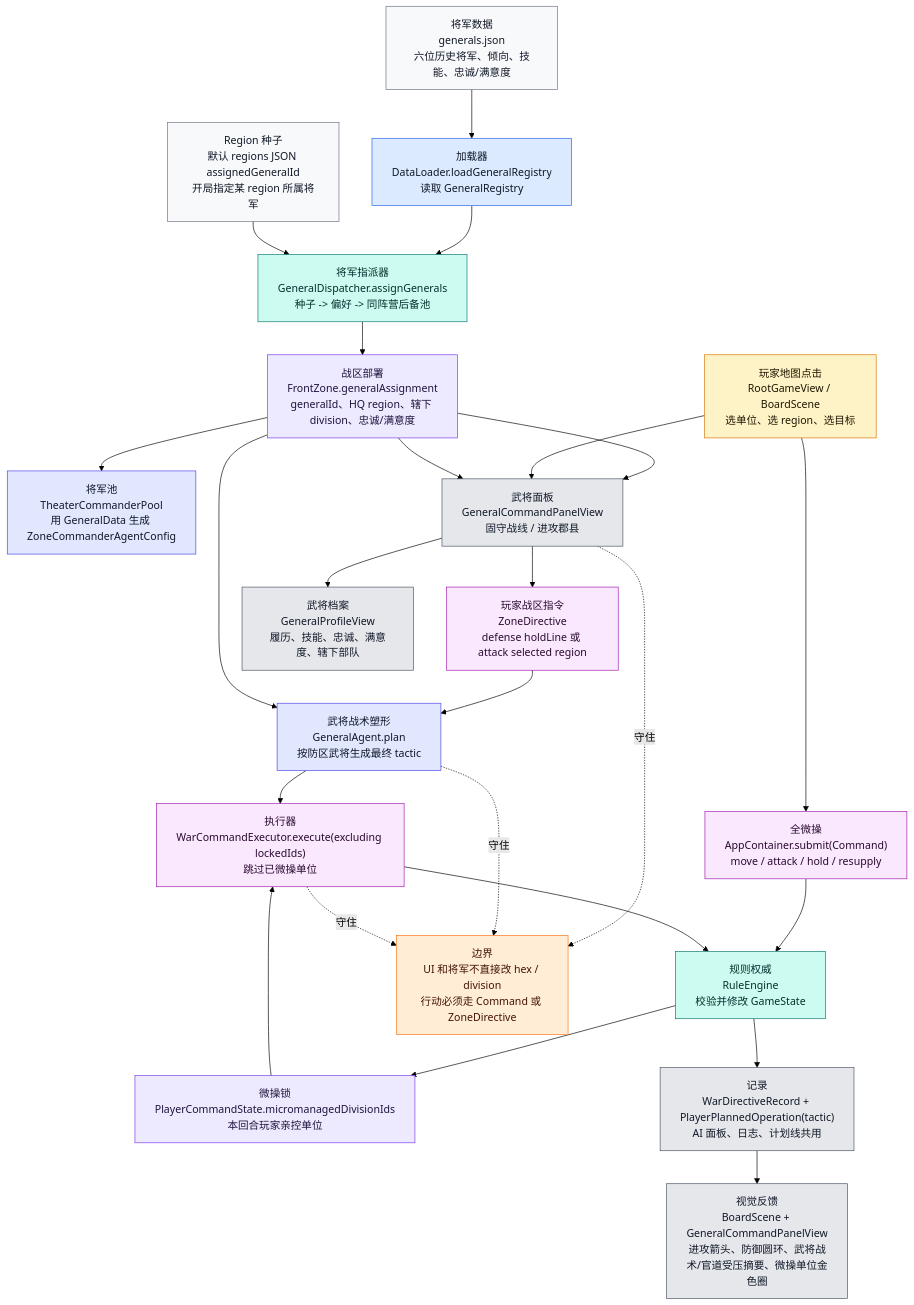
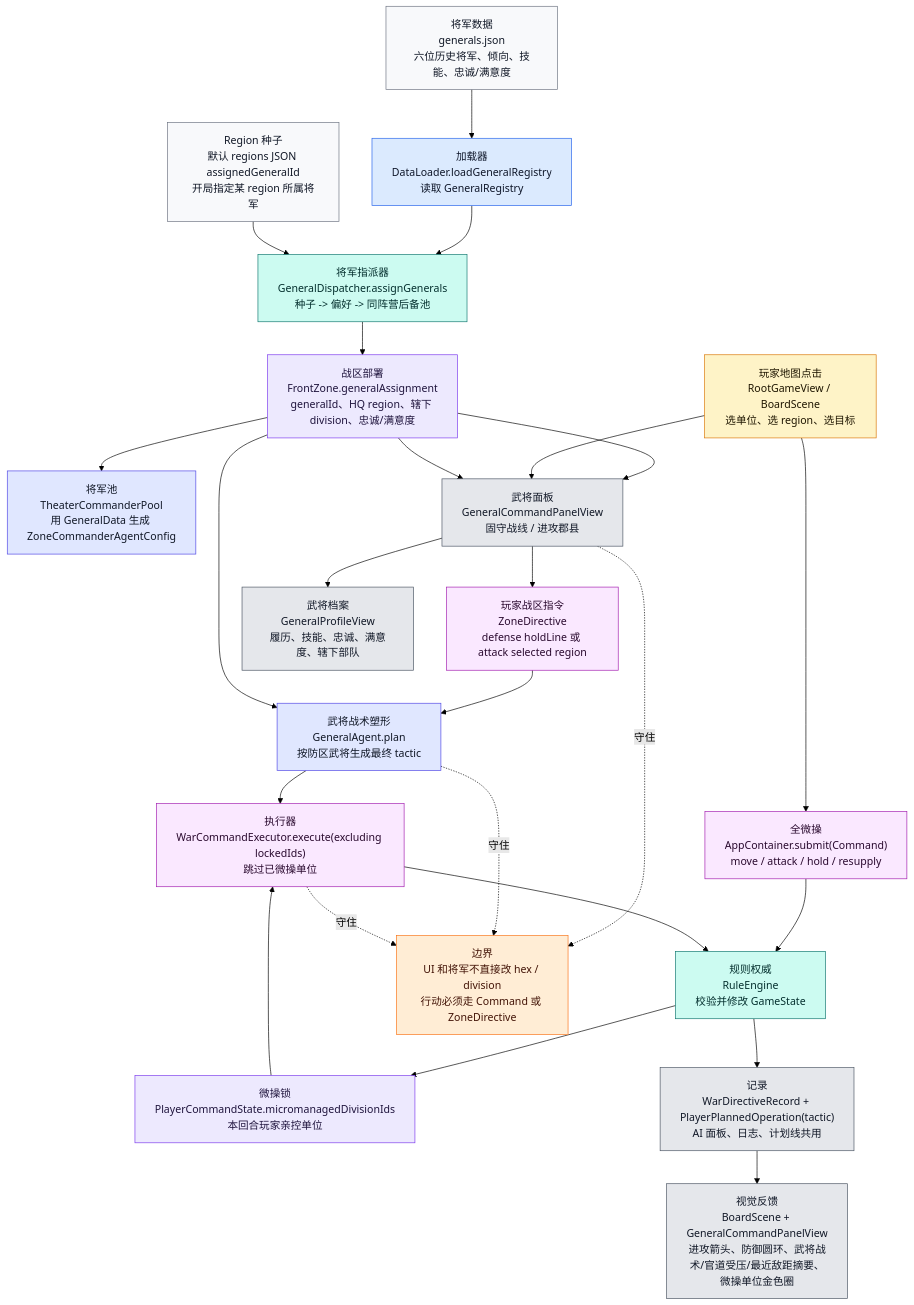
The eighth of 9 diagrams in md/flow/flowchart.md (Altman-sam114/121), drawn with Mermaid (forest theme) before and after one commit. The commit also changed other lines of this file and 7 other files, not shown here.

````diff
--- a/md/flow/flowchart.md
+++ b/md/flow/flowchart.md
@@ -508,45 +508,45 @@
 ```mermaid
 flowchart TD
     GJSON["将军数据<br/>generals.json<br/>六位历史将军、倾向、技能、忠诚/满意度"]:::data
     RJSON["Region 种子<br/>默认 regions JSON assignedGeneralId<br/>开局指定某 region 所属将军"]:::data
     DL["加载器<br/>DataLoader.loadGeneralRegistry<br/>读取 GeneralRegistry"]:::loader
     DISP["将军指派器<br/>GeneralDispatcher.assignGenerals<br/>种子 -> 偏好 -> 同阵营后备池"]:::rules
     FZ["战区部署<br/>FrontZone.generalAssignment<br/>generalId、HQ region、辖下 division、忠诚/满意度"]:::state
     POOL["将军池<br/>TheaterCommanderPool<br/>用 GeneralData 生成 ZoneCommanderAgentConfig"]:::ai
 
     TAP["玩家地图点击<br/>RootGameView / BoardScene<br/>选单位、选 region、选目标"]:::input
     MICRO["全微操<br/>AppContainer.submit(Command)<br/>move / attack / hold / resupply"]:::command
     LOCK["微操锁<br/>PlayerCommandState.micromanagedDivisionIds<br/>本回合玩家亲控单位"]:::state
     GENUI["武将面板<br/>GeneralCommandPanelView<br/>固守战线 / 进攻郡县"]:::ui
     ZD["玩家战区指令<br/>ZoneDirective<br/>defense holdLine 或 attack selected region"]:::command
     GENA["武将战术塑形<br/>GeneralAgent.plan<br/>按防区武将生成最终 tactic"]:::ai
     WCE["执行器<br/>WarCommandExecutor.execute(excluding lockedIds)<br/>跳过已微操单位"]:::command
     RE["规则权威<br/>RuleEngine<br/>校验并修改 GameState"]:::rules
     RECORD["记录<br/>WarDirectiveRecord + PlayerPlannedOperation(tactic)<br/>AI 面板、日志、计划线共用"]:::ui
-    BOARD["视觉反馈<br/>BoardScene + GeneralCommandPanelView<br/>进攻箭头、防御圆环、武将战术/官道受压摘要、微操单位金色圈"]:::ui
+    BOARD["视觉反馈<br/>BoardScene + GeneralCommandPanelView<br/>进攻箭头、防御圆环、武将战术/官道受压/最近敌距摘要、微操单位金色圈"]:::ui
     PROFILE["武将档案<br/>GeneralProfileView<br/>履历、技能、忠诚、满意度、辖下部队"]:::ui
 
     GJSON --> DL --> DISP
     RJSON --> DISP --> FZ --> POOL
     FZ --> GENUI --> PROFILE
     TAP --> MICRO --> RE --> LOCK
     LOCK --> WCE
     TAP --> GENUI --> ZD --> GENA --> WCE --> RE --> RECORD --> BOARD
     FZ --> GENUI
     FZ --> GENA
 
     WARN["边界<br/>UI 和将军不直接改 hex / division<br/>行动必须走 Command 或 ZoneDirective"]:::warn
     GENUI -.守住.-> WARN
     GENA -.守住.-> WARN
     WCE -.守住.-> WARN
 
     classDef data fill:#f8f9fb,stroke:#6b7280,color:#111827
     classDef loader fill:#dbeafe,stroke:#2563eb,color:#0f172a
     classDef state fill:#ede9fe,stroke:#7c3aed,color:#1f143d
     classDef ai fill:#e0e7ff,stroke:#4f46e5,color:#111827
     classDef input fill:#fef3c7,stroke:#d97706,color:#1f1600
     classDef command fill:#fae8ff,stroke:#a21caf,color:#2a0a2f
     classDef rules fill:#ccfbf1,stroke:#0f766e,color:#042f2e
     classDef ui fill:#e5e7eb,stroke:#4b5563,color:#111827
     classDef warn fill:#ffedd5,stroke:#f97316,color:#431407
 ```
````
